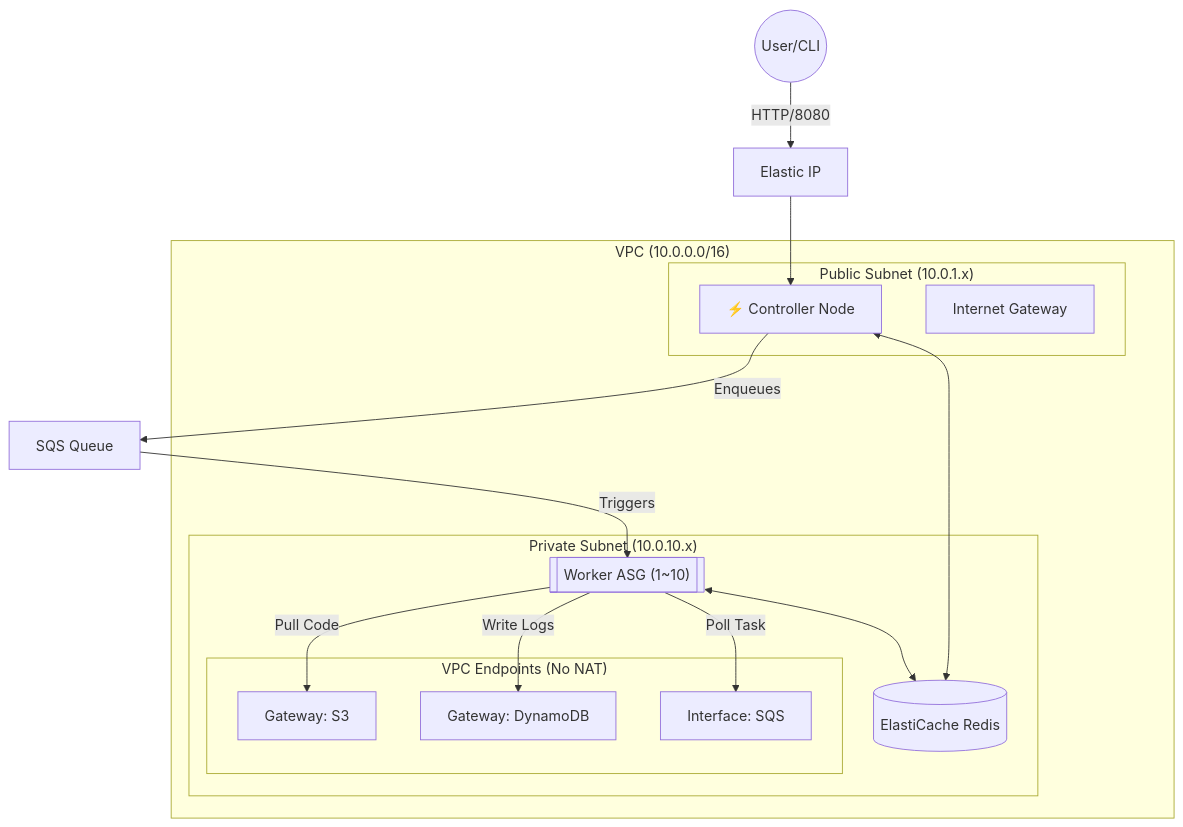
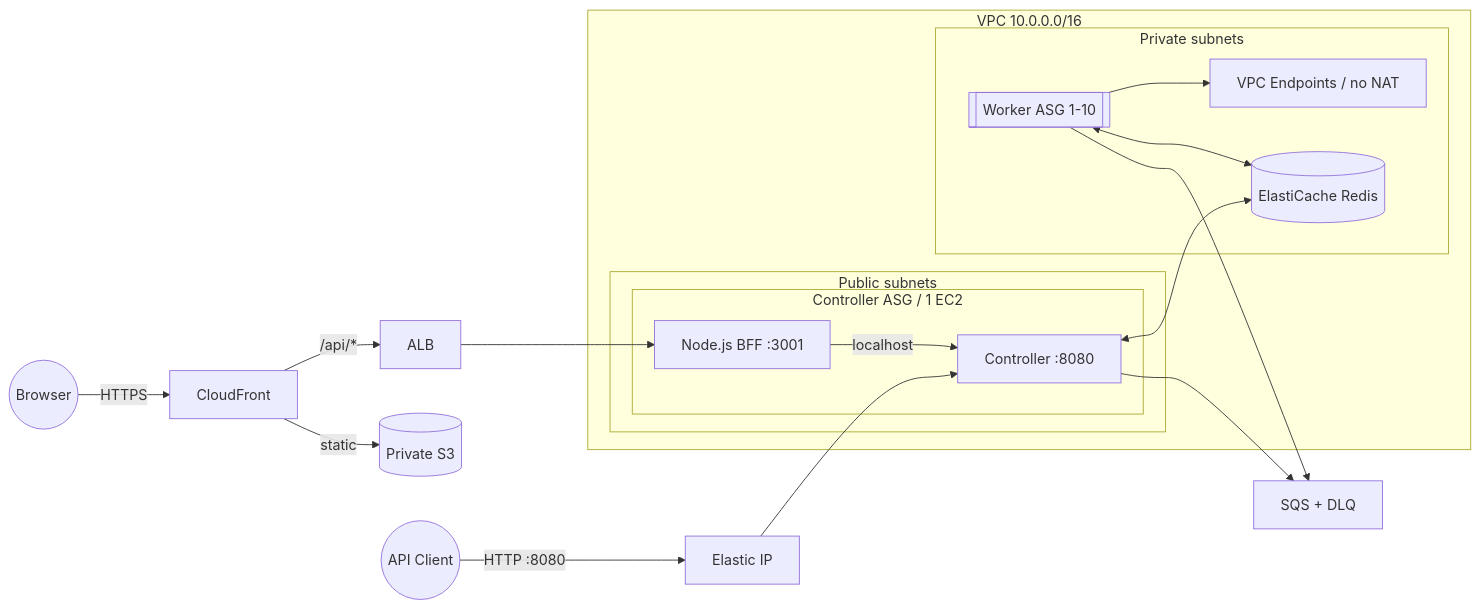
One commit to sangmu1126/FaaS-Platform changed the diagram in Infra-terraform/README.md. Above: the diagram before and after it, drawn with Mermaid. The commit also changed other lines of this file and 4 other files, not shown here.

````diff
--- a/Infra-terraform/README.md
+++ b/Infra-terraform/README.md
@@ -31,33 +32,30 @@
 ```mermaid
-graph TD
-    User((User/CLI)) -->|HTTP/8080| EIP[Elastic IP]
-    EIP --> Controller[⚡ Controller Node]
-    
-    subgraph "VPC (10.0.0.0/16)"
-        subgraph "Public Subnet (10.0.1.x)"
-            Controller[⚡ Controller Node]
-            IGW[Internet Gateway]
-        end
+flowchart LR
+    User((Browser)) -->|HTTPS| CF[CloudFront]
+    CF -->|static| Web[(Private S3)]
+    CF -->|/api/*| ALB[ALB]
+    CLI((API Client)) -->|HTTP :8080| EIP[Elastic IP]
 
-        subgraph "Private Subnet (10.0.10.x)"
-            WorkerGroup[["Worker ASG (1~10)"]]
-            Redis[(ElastiCache Redis)]
-            
-            subgraph "VPC Endpoints (No NAT)"
-                VPCE_S3[Gateway: S3]
-                VPCE_DDB[Gateway: DynamoDB]
-                VPCE_SQS[Interface: SQS]
+    subgraph VPC["VPC 10.0.0.0/16"]
+        subgraph Public[Public subnets]
+            subgraph Host[Controller ASG / 1 EC2]
+                BFF[Node.js BFF :3001]
+                Controller[Controller :8080]
+                BFF -->|localhost| Controller
             end
         end
+        subgraph Private[Private subnets]
+            Workers[[Worker ASG 1-10]]
+            Redis[(ElastiCache Redis)]
+            Endpoints[VPC Endpoints / no NAT]
+        end
     end
-    
-    Controller -- "Enqueues" --> SQS_Q[SQS Queue]
-    SQS_Q -- "Triggers" --> WorkerGroup
-    
-    WorkerGroup -- "Pull Code" --> VPCE_S3
-    WorkerGroup -- "Write Logs" --> VPCE_DDB
-    WorkerGroup -- "Poll Task" --> VPCE_SQS
-    
+
+    ALB --> BFF
+    EIP --> Controller
+    Controller --> SQS[SQS + DLQ]
+    Workers --> SQS
     Controller <--> Redis
-    WorkerGroup <--> Redis
+    Workers <--> Redis
+    Workers --> Endpoints
 ```
````
